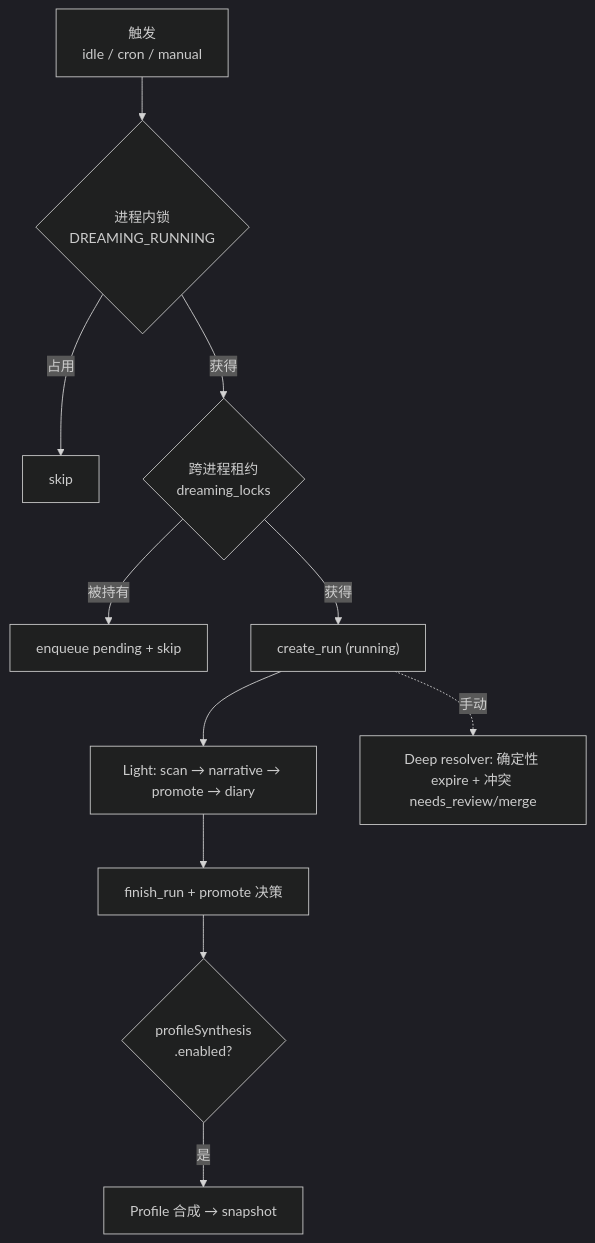
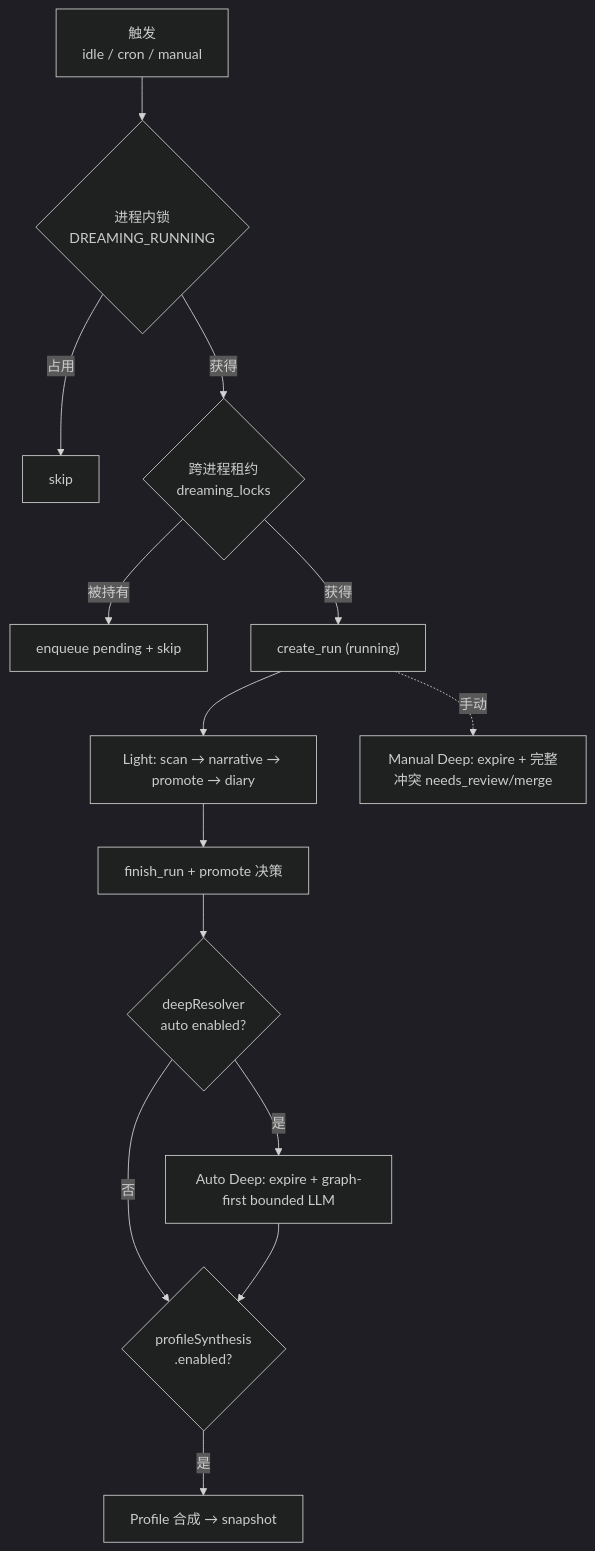
The second of 2 diagrams in docs/architecture/dreaming.md (zhukai9527/hope-agent), drawn with Mermaid (dark theme) before and after one commit. The commit also changed other lines of this file and 348 other files, not shown here.

````diff
--- a/docs/architecture/dreaming.md
+++ b/docs/architecture/dreaming.md
@@ -148,13 +151,16 @@
 ```mermaid
 graph TD
     T["触发<br/>idle / cron / manual"] --> A1{"进程内锁<br/>DREAMING_RUNNING"}
     A1 -->|占用| SK[skip]
     A1 -->|获得| A2{"跨进程租约<br/>dreaming_locks"}
     A2 -->|被持有| PQ["enqueue pending + skip"]
     A2 -->|获得| R["create_run (running)"]
     R --> L["Light: scan → narrative → promote → diary"]
     L --> F["finish_run + promote 决策"]
-    F --> P{"profileSynthesis<br/>.enabled?"}
+    F --> AD{"deepResolver<br/>auto enabled?"}
+    AD -->|是| DS["Auto Deep: expire + graph-first bounded LLM"]
+    AD -->|否| P{"profileSynthesis<br/>.enabled?"}
+    DS --> P
     P -->|是| PF["Profile 合成 → snapshot"]
-    R -.手动.-> D["Deep resolver: 确定性 expire + 冲突 needs_review/merge"]
+    R -.手动.-> D["Manual Deep: expire + 完整冲突 needs_review/merge"]
 ```
````
